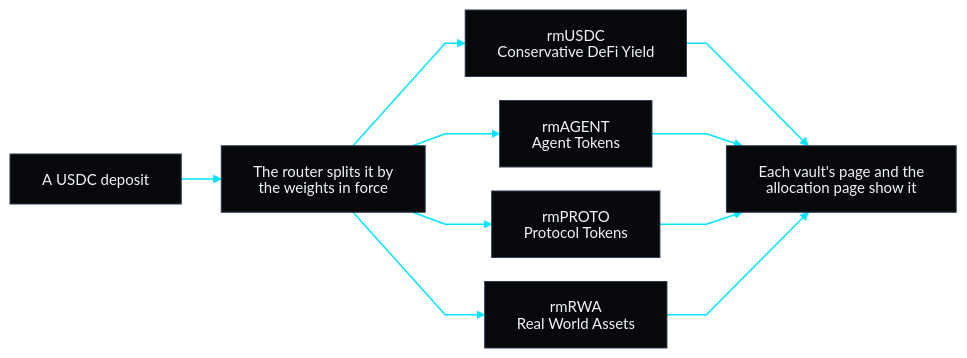
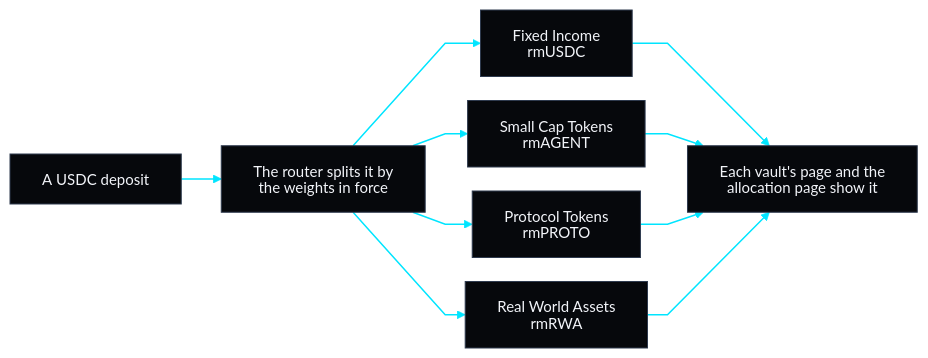
One commit to robotmoney/robotmoney-frontend changed the diagram in frontend/public/assets/img/changelog/deposits.mmd. Above: the diagram before and after it, drawn with Mermaid. The commit also changed 41 other files, not shown here.

First line of the commit message:
feat(site): one vocabulary for the vaults, the allocation and the portfolios, the review round, and the dated changelog (RM-97) (#1031)

```diff
--- a/frontend/public/assets/img/changelog/deposits.mmd
+++ b/frontend/public/assets/img/changelog/deposits.mmd
@@ -1,42 +1,42 @@
 ---
 # Source of the where-deposits-go diagram on /changelog (the Vault pages entry).
 # Baked in twice as inline SVG: this source (LR) above 760px, and below it
 # deposits-narrow.mmd, one column with the four vaults in one box, since four
 # boxes side by side do not read at phone width. Render with Mermaid 11 in a
 # page that has Space Grotesk loaded, so the boxes are sized to the site's font.
 config:
   theme: base
   htmlLabels: false
   fontFamily: "'Space Grotesk', system-ui, sans-serif"
   flowchart:
     curve: linear
     padding: 16
     nodeSpacing: 24
     rankSpacing: 40
     diagramPadding: 2
   themeVariables:
     darkMode: true
     background: transparent
     fontFamily: "'Space Grotesk', system-ui, sans-serif"
     fontSize: 15px
     primaryColor: "#06080c"
     primaryTextColor: "#f2f4f9"
     primaryBorderColor: "#2e3a4e"
     nodeBorder: "#2e3a4e"
     mainBkg: "#06080c"
     lineColor: "#00e5ff"
     textColor: "#c2c9d8"
 ---
 flowchart LR
   accTitle: Where a deposit goes
-  accDescr: A USDC deposit goes to the router, which splits it across the four sleeve vaults by the weights in force: Conservative DeFi Yield, Agent Tokens, Protocol Tokens and Real World Assets. Each vault's page and the allocation page show what it holds.
+  accDescr: A USDC deposit goes to the router, which splits it across the four sleeve vaults by the weights in force: Fixed Income, Small Cap Tokens, Protocol Tokens and Real World Assets. Each vault's page and the allocation page show what it holds.
   deposit["A USDC deposit"] --> router["The router splits it by<br/>the weights in force"]
-  router --> usdc["rmUSDC<br/>Conservative DeFi Yield"]
-  router --> agent["rmAGENT<br/>Agent Tokens"]
-  router --> proto["rmPROTO<br/>Protocol Tokens"]
-  router --> rwa["rmRWA<br/>Real World Assets"]
+  router --> usdc["Fixed Income<br/>rmUSDC"]
+  router --> agent["Small Cap Tokens<br/>rmAGENT"]
+  router --> proto["Protocol Tokens<br/>rmPROTO"]
+  router --> rwa["Real World Assets<br/>rmRWA"]
   usdc --> shown["Each vault's page and the<br/>allocation page show it"]
   agent --> shown
   proto --> shown
   rwa --> shown
   linkStyle default stroke-width:1.5px
```
